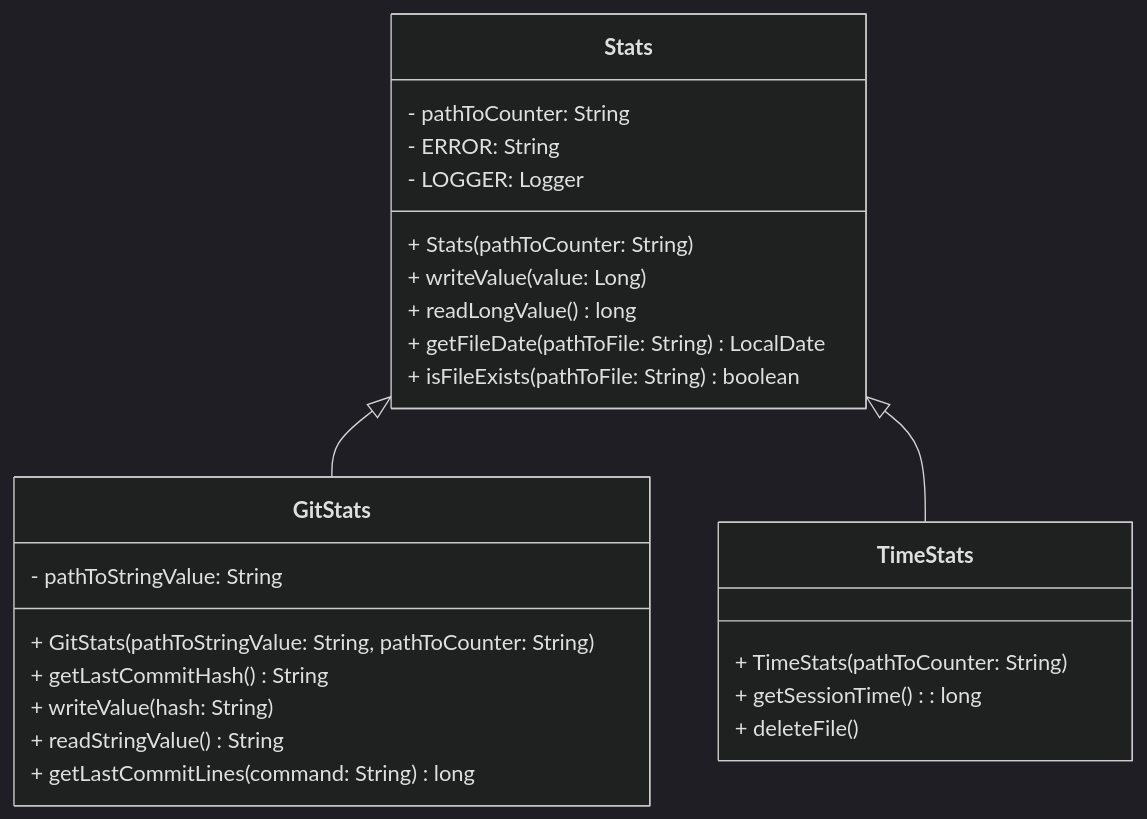
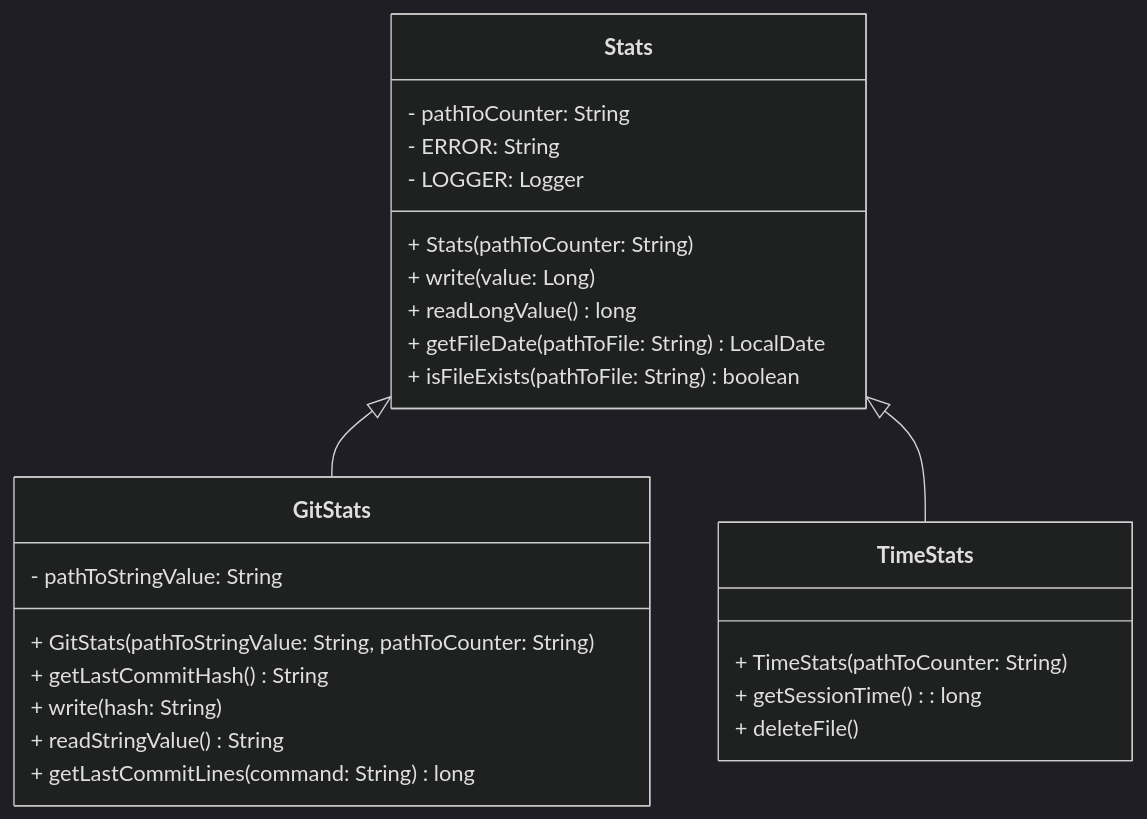
The third of 4 diagrams in vimstat/README.md (AlexandrAnatoliev/jvim-plugins), drawn with Mermaid (dark theme) before and after one commit. The commit also changed other lines of this file and 5 other files, not shown here.

First line of the commit message:
refactor(vimstat): rename  writeValue method into write

````diff
--- a/vimstat/README.md
+++ b/vimstat/README.md
@@ -390,32 +390,32 @@
 ```mermaid
 classDiagram
 
   class Stats {
     - pathToCounter: String 
     - ERROR: String 
     - LOGGER: Logger
     + Stats(pathToCounter: String)
-    + writeValue(value: Long )
+    + write(value: Long )
     + readLongValue() long 
     + getFileDate(pathToFile: String) LocalDate
     + isFileExists(pathToFile: String) boolean 
   }
 
   class GitStats {
     - pathToStringValue: String 
     + GitStats(pathToStringValue: String, pathToCounter: String)
     + getLastCommitHash() String 
-    + writeValue(hash: String) 
+    + write(hash: String) 
     + readStringValue() String
     + getLastCommitLines(command: String) long
   }
 
   class TimeStats {
     + TimeStats(pathToCounter: String)
     + getSessionTime(): long 
     + deleteFile() 
   }
 
   Stats <|-- GitStats
   Stats <|-- TimeStats
 ```
````
